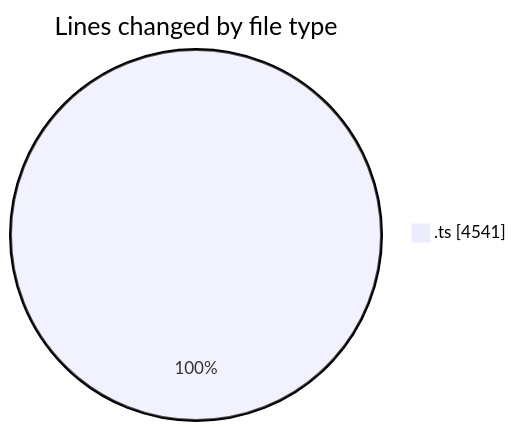
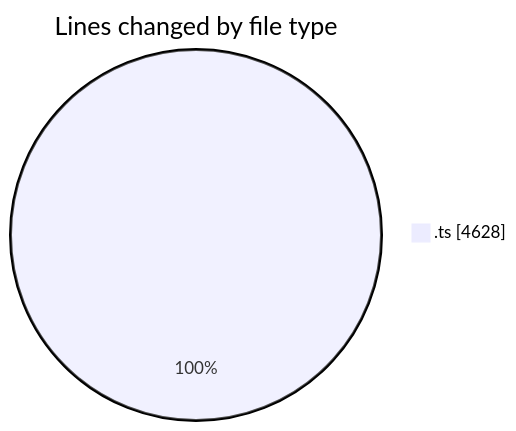
Before and after one commit to momahboobian/code-tracking: the first of 2 diagrams in 2025-06-24/cda/README.md, drawn with Mermaid. The commit also changed other lines of this file and 1 other file, not shown here.

````diff
--- a/2025-06-24/cda/README.md
+++ b/2025-06-24/cda/README.md
@@ -24,5 +24,5 @@
 ```mermaid
 pie showData
 title Lines changed by file type
-".ts" : 4541
+".ts" : 4628
 ```
````
